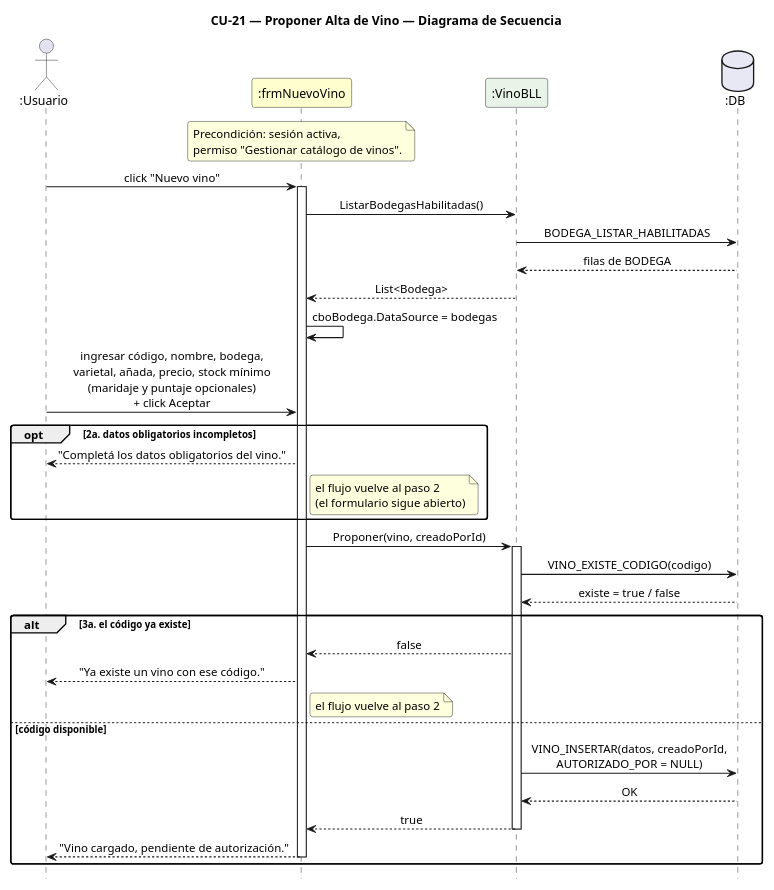
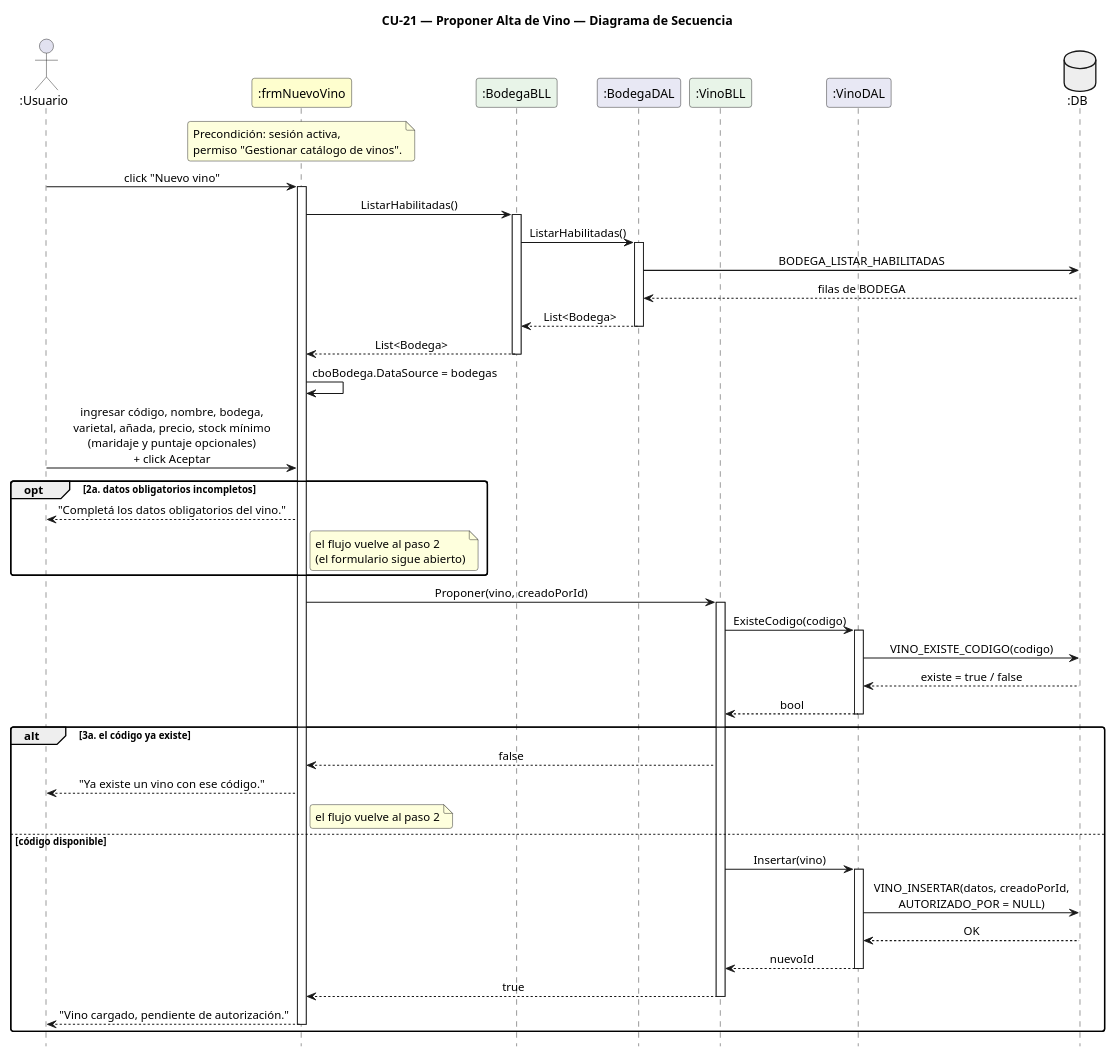
The diagram in DIAGRAMAS/DiagramaSecuencia_CU21_ProponerAltaVino.puml (Jesifu/club-de-vinos-td), drawn with PlantUML before and after one commit. The commit also changed 17 other files, not shown here.

First line of the commit message:
docs: split alta/descontinuacion CU diagrams into CU21-27 and add CU27

```diff
--- a/DIAGRAMAS/DiagramaSecuencia_CU21_ProponerAltaVino.puml
+++ b/DIAGRAMAS/DiagramaSecuencia_CU21_ProponerAltaVino.puml
@@ -1,55 +1,72 @@
 @startuml DiagramaSecuencia_CU21_ProponerAltaVino
 
 title CU-21 — Proponer Alta de Vino — Diagrama de Secuencia
 
 skinparam shadowing false
 skinparam roundcorner 6
 skinparam sequenceArrowThickness 1.2
 skinparam sequenceMessageAlign center
 hide footbox
 scale 0.8
 
 actor       ":Usuario"           as U
 participant ":frmNuevoVino"      as FN #FEFECE
+participant ":BodegaBLL"         as BB #E8F4E8
+participant ":BodegaDAL"         as BD #E8E8F4
 participant ":VinoBLL"           as VB #E8F4E8
-database    ":DB"                as DB #E8E8F4
+participant ":VinoDAL"           as VD #E8E8F4
+database    ":DB"                as DB #EEEEEE
 
 note over FN
   Precondición: sesión activa,
   permiso "Gestionar catálogo de vinos".
 end note
 
 U -> FN : click "Nuevo vino"
 activate FN
-FN -> VB : ListarBodegasHabilitadas()
-VB -> DB : BODEGA_LISTAR_HABILITADAS
-DB --> VB : filas de BODEGA
-VB --> FN : List<Bodega>
+FN -> BB : ListarHabilitadas()
+activate BB
+BB -> BD : ListarHabilitadas()
+activate BD
+BD -> DB : BODEGA_LISTAR_HABILITADAS
+DB --> BD : filas de BODEGA
+BD --> BB : List<Bodega>
+deactivate BD
+BB --> FN : List<Bodega>
+deactivate BB
 FN -> FN : cboBodega.DataSource = bodegas
 
 U -> FN : ingresar código, nombre, bodega,\nvarietal, añada, precio, stock mínimo\n(maridaje y puntaje opcionales)\n+ click Aceptar
 
 opt 2a. datos obligatorios incompletos
   FN --> U : "Completá los datos obligatorios del vino."
   note right of FN : el flujo vuelve al paso 2\n(el formulario sigue abierto)
 end
 
 FN -> VB : Proponer(vino, creadoPorId)
 activate VB
-VB -> DB : VINO_EXISTE_CODIGO(codigo)
-DB --> VB : existe = true / false
+VB -> VD : ExisteCodigo(codigo)
+activate VD
+VD -> DB : VINO_EXISTE_CODIGO(codigo)
+DB --> VD : existe = true / false
+VD --> VB : bool
+deactivate VD
 
 alt 3a. el código ya existe
   VB --> FN : false
   FN --> U : "Ya existe un vino con ese código."
   note right of FN : el flujo vuelve al paso 2
 else código disponible
-  VB -> DB : VINO_INSERTAR(datos, creadoPorId,\nAUTORIZADO_POR = NULL)
-  DB --> VB : OK
+  VB -> VD : Insertar(vino)
+  activate VD
+  VD -> DB : VINO_INSERTAR(datos, creadoPorId,\nAUTORIZADO_POR = NULL)
+  DB --> VD : OK
+  VD --> VB : nuevoId
+  deactivate VD
   VB --> FN : true
   deactivate VB
   FN --> U : "Vino cargado, pendiente de autorización."
   deactivate FN
 end
 
 @enduml
```
